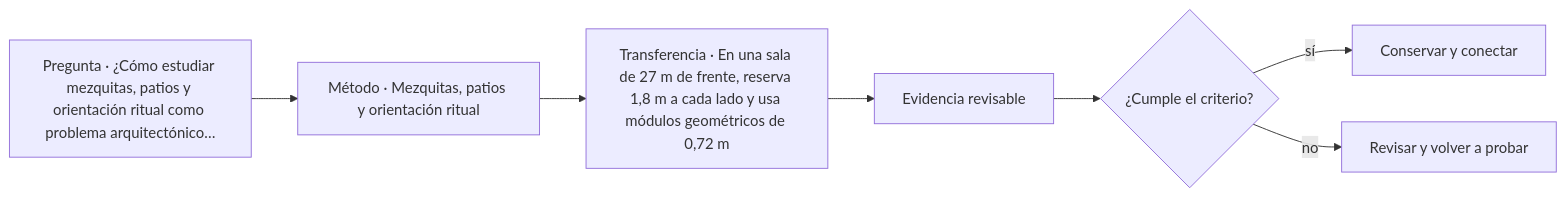
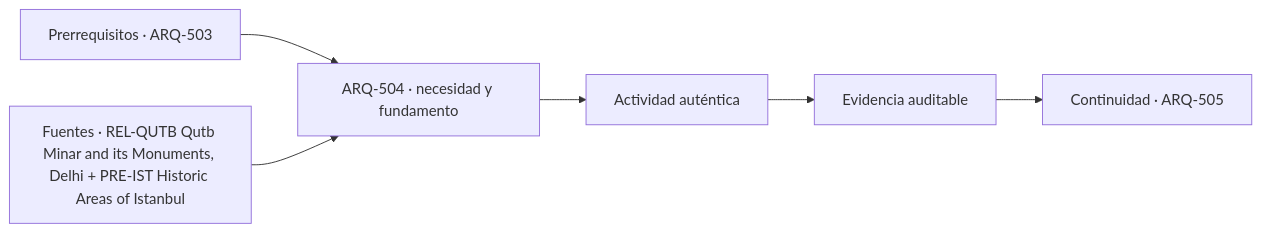
Before and after one commit to vladimiracunadev-create/architecture-built-environment-learning-program: the diagram in classes/parte-51/ARQ-504.md, drawn with Mermaid. The commit also changed other lines of this file and 761 other files, not shown here.

````diff
--- a/classes/parte-51/ARQ-504.md
+++ b/classes/parte-51/ARQ-504.md
@@ -81,9 +93,8 @@
 ```mermaid
 flowchart LR
-    Q["Pregunta · ¿Cómo estudiar mezquitas, patios y orientación ritual como problema arquitectónico…"] --> M["Método · Mezquitas, patios y orientación ritual"]
-    M --> P["Transferencia · En una sala de 27 m de frente, reserva 1,8 m a cada lado y usa módulos geométricos de 0,72 m"]
-    P --> E["Evidencia revisable"]
-    E --> C{"¿Cumple el criterio?"}
-    C -->|sí| T["Conservar y conectar"]
-    C -->|no| R["Revisar y volver a probar"]
+    A["Prerrequisitos · ARQ-503"] --> B["ARQ-504 · necesidad y fundamento"]
+    S["Fuentes · REL-QUTB Qutb Minar and its Monuments, Delhi + PRE-IST Historic Areas of Istanbul"] --> B
+    B --> C["Actividad auténtica"]
+    C --> D["Evidencia auditable"]
+    D --> E["Continuidad · ARQ-505"]
 ```
````
